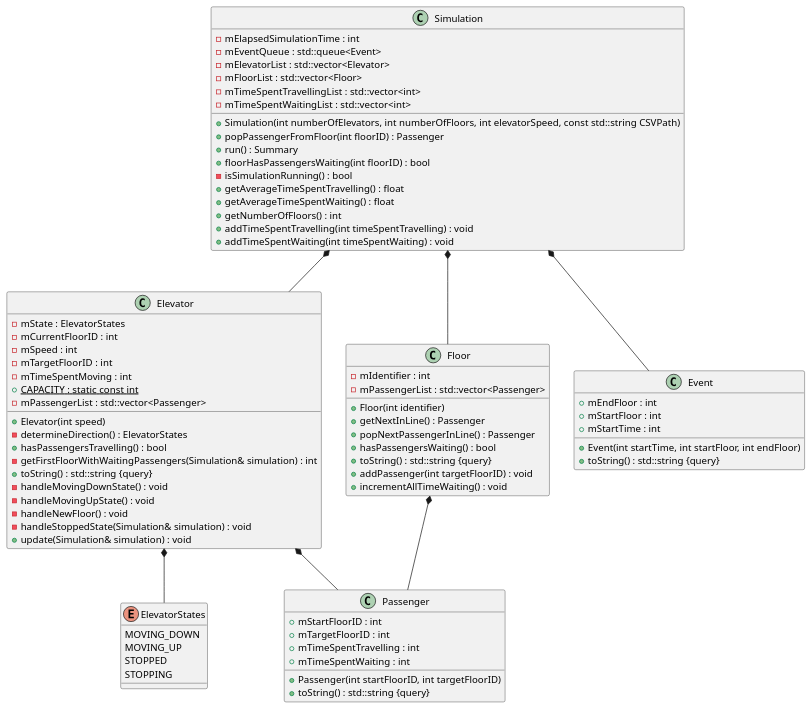
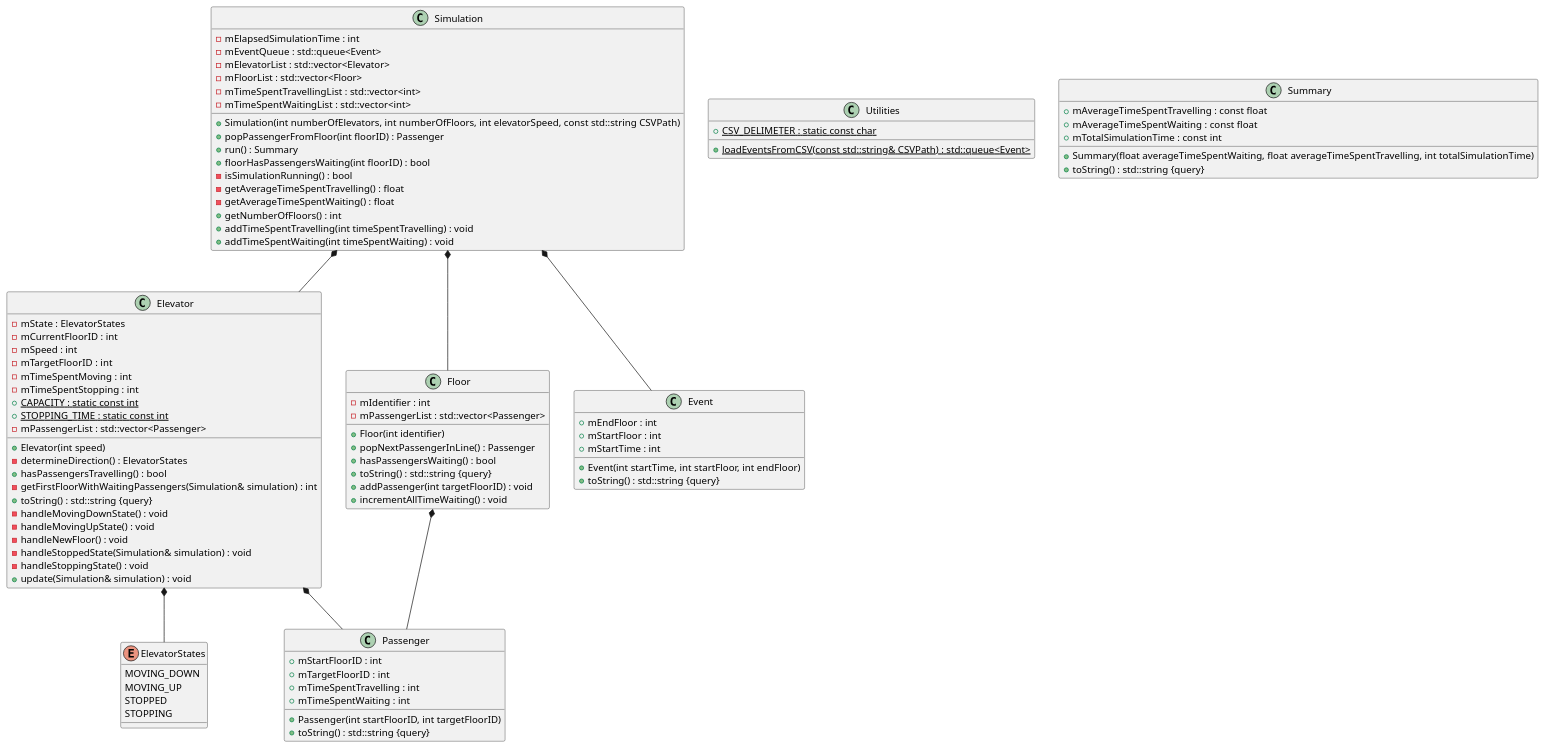
The diagram in Elevators/docs/design.plantuml (t-macdon/oop-cpp-605-604), drawn with PlantUML before and after one commit.

Commit message:
Update plantuml per design updates

```diff
--- a/Elevators/docs/design.plantuml
+++ b/Elevators/docs/design.plantuml
@@ -1,122 +1,143 @@
-@startuml Elevators
+@startuml
+
+
+
 
 
 /' Objects '/
 
 class Elevator {
 	+Elevator(int speed)
 	-determineDirection() : ElevatorStates
 	-mState : ElevatorStates
 	+hasPassengersTravelling() : bool
 	-getFirstFloorWithWaitingPassengers(Simulation& simulation) : int
 	-mCurrentFloorID : int
 	-mSpeed : int
 	-mTargetFloorID : int
 	-mTimeSpentMoving : int
+	-mTimeSpentStopping : int
 	+{static} CAPACITY : static const int
+	+{static} STOPPING_TIME : static const int
 	+toString() : std::string {query}
 	-mPassengerList : std::vector<Passenger>
 	-handleMovingDownState() : void
 	-handleMovingUpState() : void
 	-handleNewFloor() : void
 	-handleStoppedState(Simulation& simulation) : void
+	-handleStoppingState() : void
 	+update(Simulation& simulation) : void
 }
 
 
 class Floor {
 	+Floor(int identifier)
-	+getNextInLine() : Passenger
 	+popNextPassengerInLine() : Passenger
 	+hasPassengersWaiting() : bool
 	-mIdentifier : int
 	+toString() : std::string {query}
 	-mPassengerList : std::vector<Passenger>
 	+addPassenger(int targetFloorID) : void
 	+incrementAllTimeWaiting() : void
 }
 
 
 class Simulation {
 	+Simulation(int numberOfElevators, int numberOfFloors, int elevatorSpeed, const std::string CSVPath)
 	+popPassengerFromFloor(int floorID) : Passenger
 	+run() : Summary
 	+floorHasPassengersWaiting(int floorID) : bool
 	-isSimulationRunning() : bool
-	+getAverageTimeSpentTravelling() : float
-	+getAverageTimeSpentWaiting() : float
+	-getAverageTimeSpentTravelling() : float
+	-getAverageTimeSpentWaiting() : float
 	+getNumberOfFloors() : int
 	-mElapsedSimulationTime : int
 	-mEventQueue : std::queue<Event>
 	-mElevatorList : std::vector<Elevator>
 	-mFloorList : std::vector<Floor>
 	-mTimeSpentTravellingList : std::vector<int>
 	-mTimeSpentWaitingList : std::vector<int>
 	+addTimeSpentTravelling(int timeSpentTravelling) : void
 	+addTimeSpentWaiting(int timeSpentWaiting) : void
+}
+
+
+class Utilities {
+	+{static} CSV_DELIMETER : static const char
+	+{static} loadEventsFromCSV(const std::string& CSVPath) : std::queue<Event>
 }
 
 
 enum ElevatorStates {
 	MOVING_DOWN
 	MOVING_UP
 	STOPPED
 	STOPPING
 }
 
 
 class Event {
 	+Event(int startTime, int startFloor, int endFloor)
 	+mEndFloor : int
 	+mStartFloor : int
 	+mStartTime : int
 	+toString() : std::string {query}
 }
 
 
 class Passenger {
 	+Passenger(int startFloorID, int targetFloorID)
 	+mStartFloorID : int
 	+mTargetFloorID : int
 	+mTimeSpentTravelling : int
 	+mTimeSpentWaiting : int
 	+toString() : std::string {query}
 }
+
+
+class Summary {
+	+Summary(float averageTimeSpentWaiting, float averageTimeSpentTravelling, int totalSimulationTime)
+	+mAverageTimeSpentTravelling : const float
+	+mAverageTimeSpentWaiting : const float
+	+mTotalSimulationTime : const int
+	+toString() : std::string {query}
+}
+
 
 
 
 
 /' Inheritance relationships '/
 
 
 
 
 /' Aggregation relationships '/
 
 .Elevator *-- .ElevatorStates
 
 
 .Elevator *-- .Passenger
 
 
 .Floor *-- .Passenger
 
 
 .Simulation *-- .Elevator
 
 
 .Simulation *-- .Event
 
 
 .Simulation *-- .Floor
 
 
 
 
 
 
 /' Nested objects '/
 
 
 
 @enduml
```
